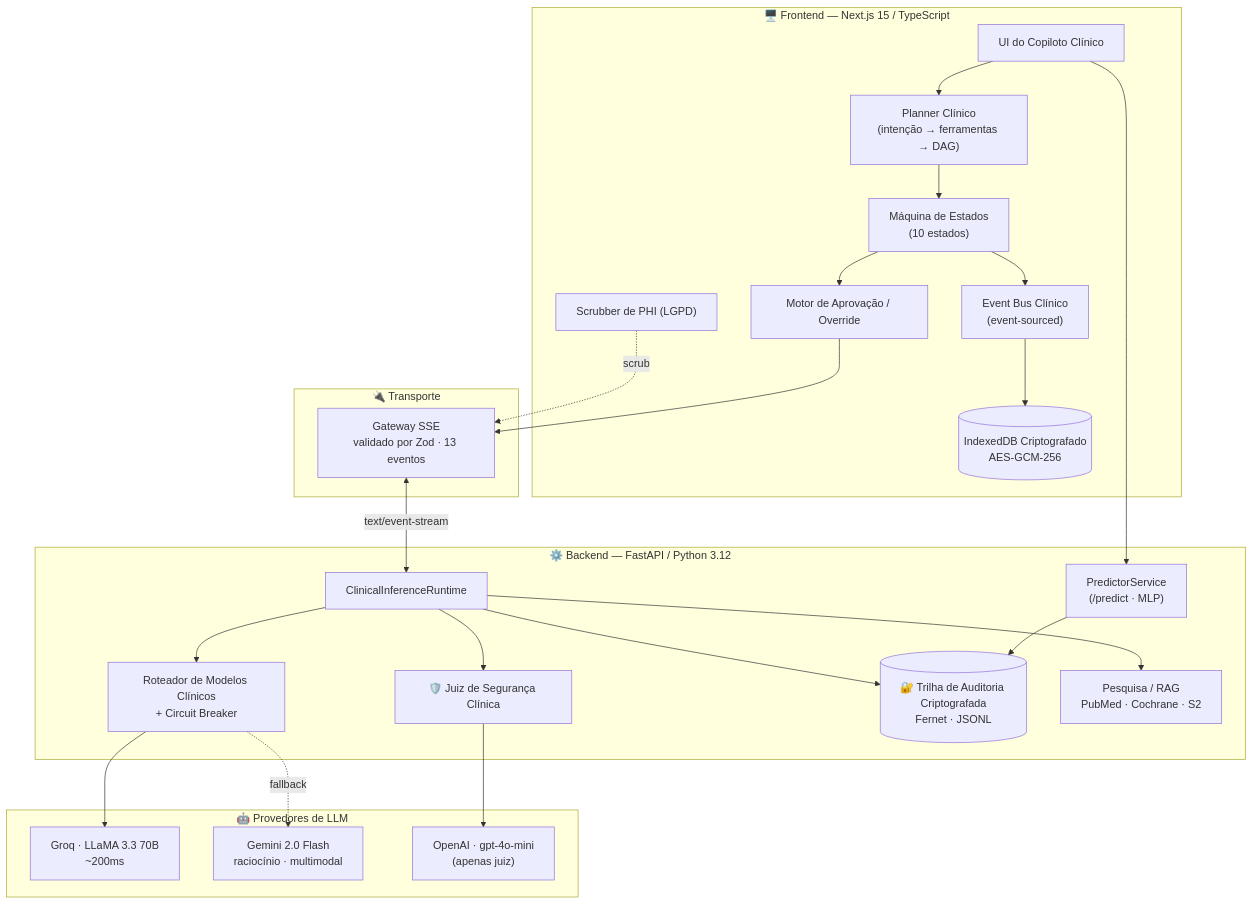
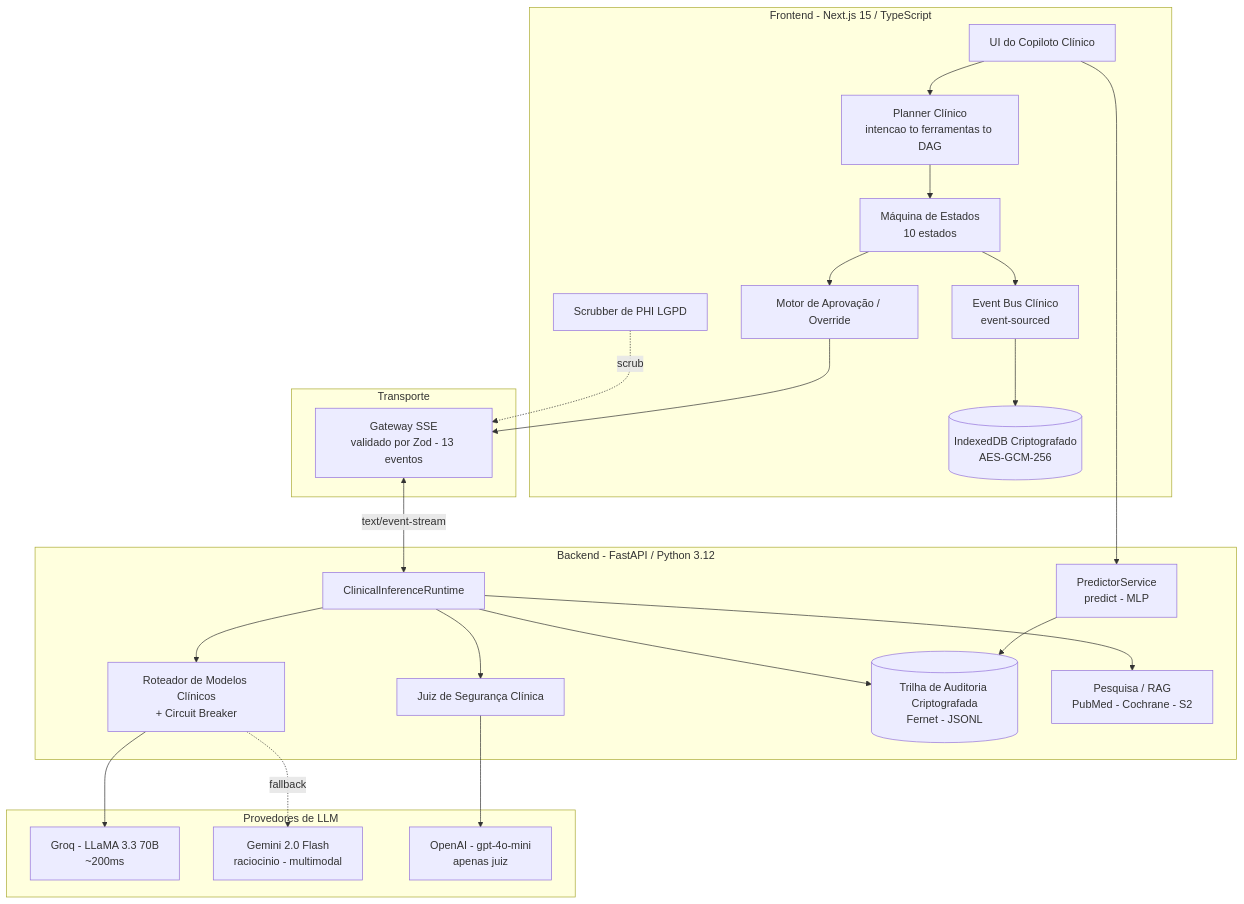
Before and after one commit to vdfs89/Aether_Oncology: the first of 4 diagrams in README.pt-br.md, drawn with Mermaid. The commit also changed other lines of this file and 1 other file, not shown here.

First line of the commit message:
docs(readme): fix Mermaid diagrams not rendering on GitHub

````diff
--- a/README.pt-br.md
+++ b/README.pt-br.md
@@ -222,47 +222,47 @@
 ```mermaid
 flowchart TB
-    subgraph FE["🖥️ Frontend — Next.js 15 / TypeScript"]
+    subgraph FE["Frontend - Next.js 15 / TypeScript"]
         UI["UI do Copiloto Clínico"]
-        PLAN["Planner Clínico<br/>(intenção → ferramentas → DAG)"]
-        SM["Máquina de Estados<br/>(10 estados)"]
-        BUS["Event Bus Clínico<br/>(event-sourced)"]
+        PLAN["Planner Clínico<br/>intencao to ferramentas to DAG"]
+        SM["Máquina de Estados<br/>10 estados"]
+        BUS["Event Bus Clínico<br/>event-sourced"]
         APPR["Motor de Aprovação / Override"]
         IDB[("IndexedDB Criptografado<br/>AES-GCM-256")]
-        PHI["Scrubber de PHI (LGPD)"]
+        PHI["Scrubber de PHI LGPD"]
     end
 
-    subgraph GW["🔌 Transporte"]
-        SSE["Gateway SSE<br/>validado por Zod · 13 eventos"]
+    subgraph GW["Transporte"]
+        SSE["Gateway SSE<br/>validado por Zod - 13 eventos"]
     end
 
-    subgraph BE["⚙️ Backend — FastAPI / Python 3.12"]
+    subgraph BE["Backend - FastAPI / Python 3.12"]
         RT["ClinicalInferenceRuntime"]
         ROUTER["Roteador de Modelos Clínicos<br/>+ Circuit Breaker"]
-        JUDGE["🛡️ Juiz de Segurança Clínica"]
-        PRED["PredictorService<br/>(/predict · MLP)"]
-        AUDIT[("🔐 Trilha de Auditoria Criptografada<br/>Fernet · JSONL")]
-        RAG["Pesquisa / RAG<br/>PubMed · Cochrane · S2"]
+        JUDGE["Juiz de Segurança Clínica"]
+        PRED["PredictorService<br/>predict - MLP"]
+        AUDIT[("Trilha de Auditoria Criptografada<br/>Fernet - JSONL")]
+        RAG["Pesquisa / RAG<br/>PubMed - Cochrane - S2"]
     end
 
-    subgraph PROV["🤖 Provedores de LLM"]
-        GROQ["Groq · LLaMA 3.3 70B<br/>~200ms"]
-        GEM["Gemini 2.0 Flash<br/>raciocínio · multimodal"]
-        OAI["OpenAI · gpt-4o-mini<br/>(apenas juiz)"]
+    subgraph PROV["Provedores de LLM"]
+        GROQ["Groq - LLaMA 3.3 70B<br/>~200ms"]
+        GEM["Gemini 2.0 Flash<br/>raciocinio - multimodal"]
+        OAI["OpenAI - gpt-4o-mini<br/>apenas juiz"]
     end
 
     UI --> PLAN --> SM --> APPR
     PHI -.scrub.-> SSE
     APPR --> SSE
     SM --> BUS
     BUS --> IDB
-    SSE <-->|"text/event-stream"| RT
+    SSE <-->|text/event-stream| RT
     RT --> ROUTER
     ROUTER --> GROQ
-    ROUTER -. fallback .-> GEM
+    ROUTER -.fallback.-> GEM
     RT --> JUDGE
     JUDGE --> OAI
     RT --> AUDIT
     RT --> RAG
     UI --> PRED
     PRED --> AUDIT
 ```
````
